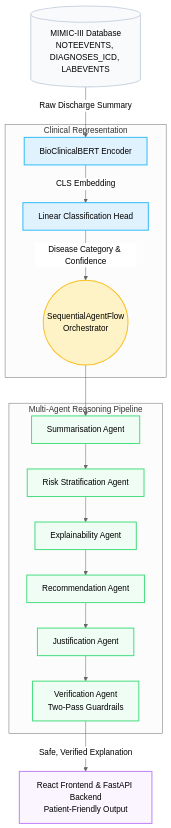
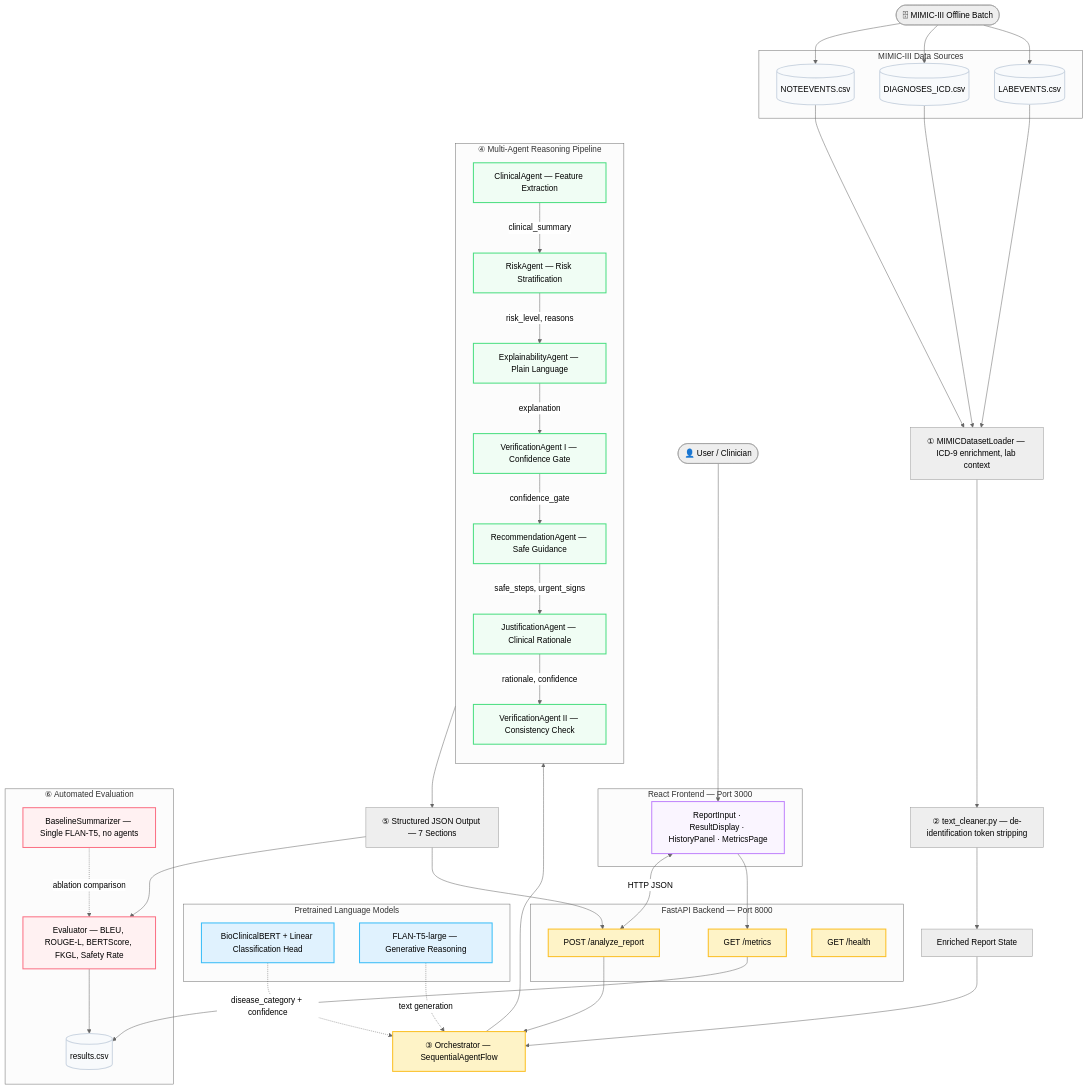
One commit to chiranjeevisegu/medical-system changed the diagram in README.md. Above: the diagram before and after it, drawn with Mermaid (neutral theme). The commit also changed other lines of this file, not shown here.

````diff
--- a/README.md
+++ b/README.md
@@ -67,40 +88,79 @@
 ```mermaid
 graph TD
-    classDef database fill:#f8fafc,stroke:#cbd5e1,stroke-width:2px;
-    classDef model fill:#e0f2fe,stroke:#38bdf8,stroke-width:2px;
-    classDef agent fill:#f0fdf4,stroke:#4ade80,stroke-width:2px;
-    classDef core fill:#fef3c7,stroke:#fbbf24,stroke-width:2px;
-    classDef ui fill:#faf5ff,stroke:#c084fc,stroke-width:2px;
+    classDef db    fill:#f8fafc,stroke:#cbd5e1,stroke-width:2px
+    classDef model fill:#e0f2fe,stroke:#38bdf8,stroke-width:2px
+    classDef agent fill:#f0fdf4,stroke:#4ade80,stroke-width:2px
+    classDef core  fill:#fef3c7,stroke:#fbbf24,stroke-width:2px
+    classDef ui    fill:#faf5ff,stroke:#c084fc,stroke-width:2px
+    classDef eval  fill:#fff1f2,stroke:#fb7185,stroke-width:2px
 
-    %% Data Layer
-    db[(MIMIC-III Database<br/>NOTEEVENTS, DIAGNOSES_ICD, LABEVENTS)]:::database
+    WebUser(["👤 User / Clinician"])
+    AdminUser(["🗄 MIMIC-III Offline Batch"])
 
-    %% Clinical Representation Layer
-    subgraph Clinical Representation
-        bert[BioClinicalBERT Encoder]:::model
-        head[Linear Classification Head]:::model
-        bert --> |CLS Embedding| head
-        head --> |Disease Category & Confidence| flow
+    subgraph MIMIC_Data["MIMIC-III Data Sources"]
+        N[(NOTEEVENTS.csv)]:::db
+        D[(DIAGNOSES_ICD.csv)]:::db
+        L[(LABEVENTS.csv)]:::db
     end
 
-    db --> |Raw Discharge Summary| bert
-
-    %% Reasoning Layer
-    subgraph Multi-Agent Reasoning Pipeline
-        flow((SequentialAgentFlow<br/>Orchestrator)):::core
-        
-        a1[Summarisation Agent]:::agent
-        a2[Risk Stratification Agent]:::agent
-        a3[Explainability Agent]:::agent
-        a4[Recommendation Agent]:::agent
-        a5[Justification Agent]:::agent
-        a6[Verification Agent<br/>Two-Pass Guardrails]:::agent
-        
-        flow --> a1 --> a2 --> a3 --> a4 --> a5 --> a6
+    subgraph Frontend["React Frontend — Port 3000"]
+        UI["ReportInput · ResultDisplay · HistoryPanel · MetricsPage"]:::ui
     end
 
-    %% UI Layer
-    ui_layer[React Frontend & FastAPI Backend<br/>Patient-Friendly Output]:::ui
+    subgraph API_Layer["FastAPI Backend — Port 8000"]
+        EP_A["POST /analyze_report"]:::core
+        EP_M["GET  /metrics"]:::core
+        EP_H["GET  /health"]:::core
+    end
 
-    a6 --> |Safe, Verified Explanation| ui_layer
+    WebUser --> UI
+    UI <-->|HTTP JSON| EP_A
+    UI --> EP_M
+
+    AdminUser --> N & D & L
+    N & D & L --> DL["① MIMICDatasetLoader — ICD-9 enrichment, lab context"]
+    DL --> CLEAN["② text_cleaner.py — de-identification token stripping"]
+    CLEAN --> STATE["Enriched Report State"]
+    EP_A --> ORCH
+
+    subgraph Models["Pretrained Language Models"]
+        BERT["BioClinicalBERT + Linear Classification Head"]:::model
+        T5["FLAN-T5-large — Generative Reasoning"]:::model
+    end
+
+    STATE --> ORCH["③ Orchestrator — SequentialAgentFlow"]:::core
+    BERT -.->|"disease_category + confidence"| ORCH
+    T5   -.->|"text generation"| ORCH
+
+    subgraph Pipeline["④ Multi-Agent Reasoning Pipeline"]
+        direction TB
+        AG1["ClinicalAgent — Feature Extraction"]:::agent
+        AG2["RiskAgent — Risk Stratification"]:::agent
+        AG3["ExplainabilityAgent — Plain Language"]:::agent
+        AG4["VerificationAgent I — Confidence Gate"]:::agent
+        AG5["RecommendationAgent — Safe Guidance"]:::agent
+        AG6["JustificationAgent — Clinical Rationale"]:::agent
+        AG7["VerificationAgent II — Consistency Check"]:::agent
+        AG1 -->|clinical_summary| AG2
+        AG2 -->|risk_level, reasons| AG3
+        AG3 -->|explanation| AG4
+        AG4 -->|confidence_gate| AG5
+        AG5 -->|safe_steps, urgent_signs| AG6
+        AG6 -->|rationale, confidence| AG7
+    end
+
+    ORCH --> Pipeline
+    AG7 --> OUT["⑤ Structured JSON Output — 7 Sections"]
+    OUT --> EP_A
+
+    subgraph Evaluation["⑥ Automated Evaluation"]
+        EV["Evaluator — BLEU, ROUGE-L, BERTScore, FKGL, Safety Rate"]:::eval
+        BASE["BaselineSummarizer — Single FLAN-T5, no agents"]:::eval
+        CSV2[(results.csv)]:::db
+    end
+
+    OUT --> EV
+    BASE -.->|ablation comparison| EV
+    EV --> CSV2
+    EP_M --> CSV2
 ```
````
